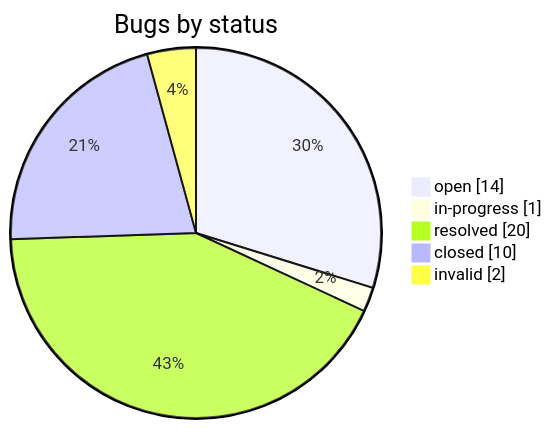
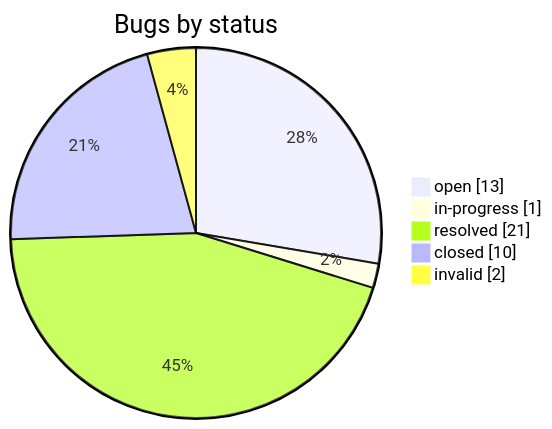
Before and after one commit to iammaxsu/automatic-testing-architecture: the second of 2 diagrams in STATUS.md, drawn with Mermaid. The commit also changed other lines of this file and 5 other files, not shown here.

````diff
--- a/STATUS.md
+++ b/STATUS.md
@@ -165,8 +165,8 @@
 ```mermaid
 pie showData title Bugs by status
-    "open" : 14
+    "open" : 13
     "in-progress" : 1
-    "resolved" : 20
+    "resolved" : 21
     "closed" : 10
     "invalid" : 2
 ```
````
